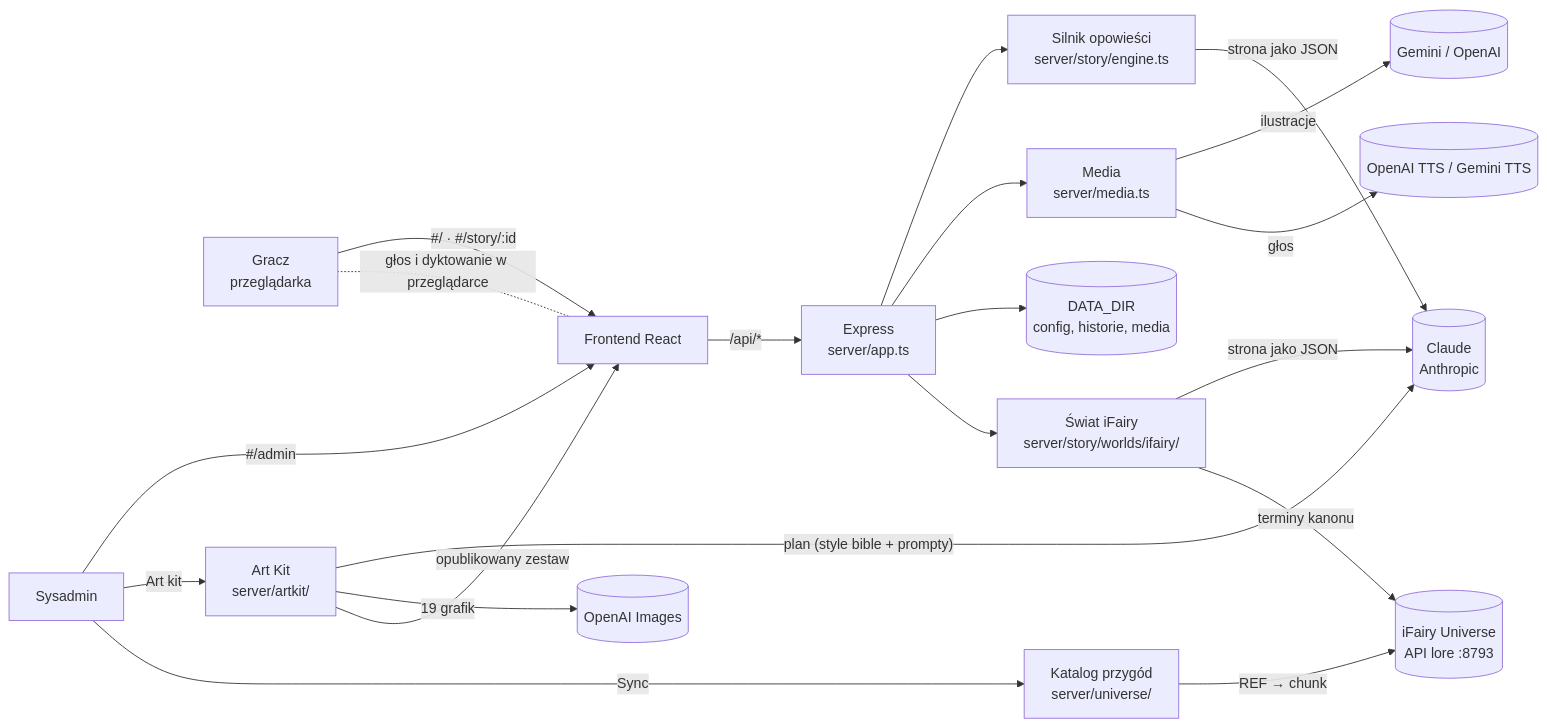
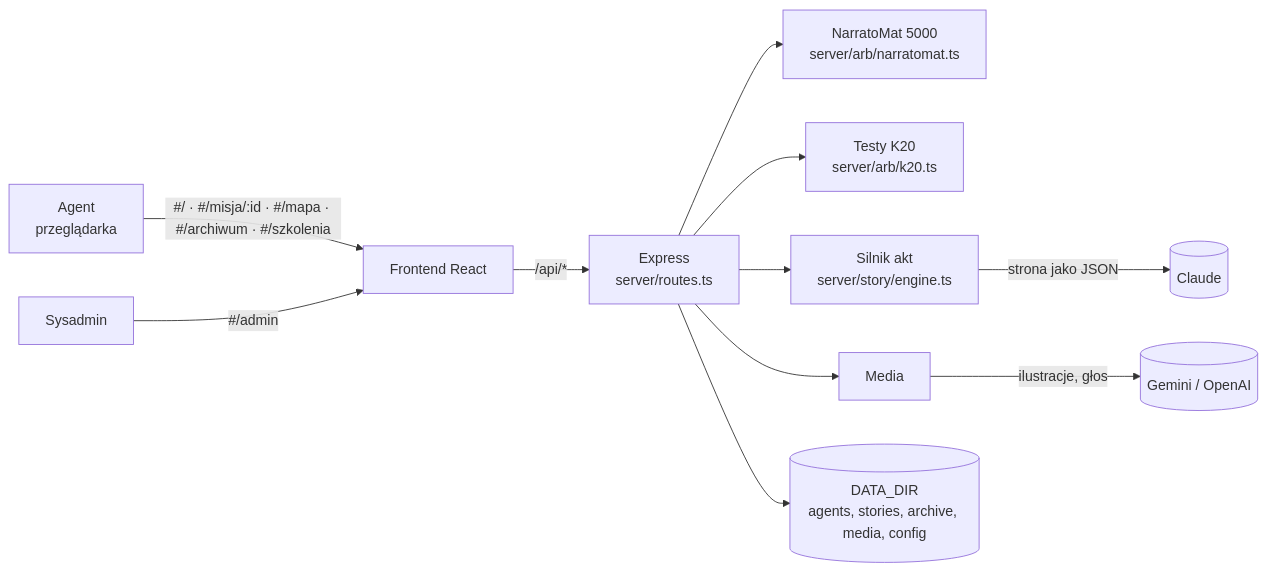
One commit to reception-ifairy/book changed the first of 2 diagrams in docs/ARCHITEKTURA.md. Above: the diagram before and after it, drawn with Mermaid. The commit also changed other lines of this file and 102 other files, not shown here.

````diff
--- a/docs/ARCHITEKTURA.md
+++ b/docs/ARCHITEKTURA.md
@@ -11,22 +5,12 @@
 ```mermaid
 flowchart LR
-  P[Gracz<br/>przeglądarka] -- "#/ · #/story/:id" --> FE[Frontend React]
+  A[Agent<br/>przeglądarka] -- "#/ · #/misja/:id · #/mapa · #/archiwum · #/szkolenia" --> FE[Frontend React]
   S[Sysadmin] -- "#/admin" --> FE
-  FE -- "/api/*" --> API[Express<br/>server/app.ts]
-  API --> ENG[Silnik opowieści<br/>server/story/engine.ts]
-  ENG -- "strona jako JSON" --> CL[(Claude<br/>Anthropic)]
-  API --> MED[Media<br/>server/media.ts]
-  MED -- ilustracje --> GI[(Gemini / OpenAI)]
-  MED -- głos --> TT[(OpenAI TTS / Gemini TTS)]
-  S -- "Art kit" --> AK[Art Kit<br/>server/artkit/]
-  AK -- "plan (style bible + prompty)" --> CL
-  AK -- "19 grafik" --> OI[(OpenAI Images)]
-  AK -- "opublikowany zestaw" --> FE
-  API --> FS[(DATA_DIR<br/>config, historie, media)]
-  API --> IF[Świat iFairy<br/>server/story/worlds/ifairy/]
-  IF -- "strona jako JSON" --> CL
-  IF -- "terminy kanonu" --> UV[(iFairy Universe<br/>API lore :8793)]
-  S -- "Sync" --> UC[Katalog przygód<br/>server/universe/]
-  UC -- "REF → chunk" --> UV
-  FE -. "głos i dyktowanie w przeglądarce" .- P
+  FE -- "/api/*" --> API[Express<br/>server/routes.ts]
+  API --> NM[NarratoMat 5000<br/>server/arb/narratomat.ts]
+  API --> K20[Testy K20<br/>server/arb/k20.ts]
+  API --> ENG[Silnik akt<br/>server/story/engine.ts]
+  ENG -- "strona jako JSON" --> CL[(Claude)]
+  API --> MED[Media] -- ilustracje, głos --> GO[(Gemini / OpenAI)]
+  API --> FS[(DATA_DIR<br/>agents, stories, archive, media, config)]
 ```
````
